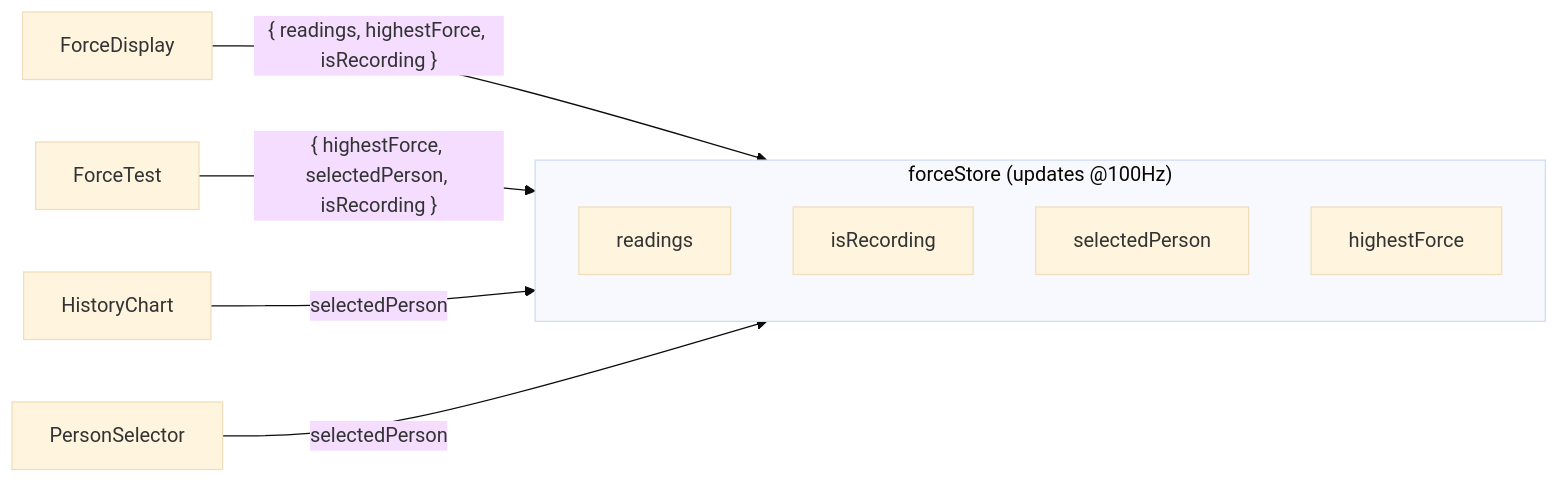
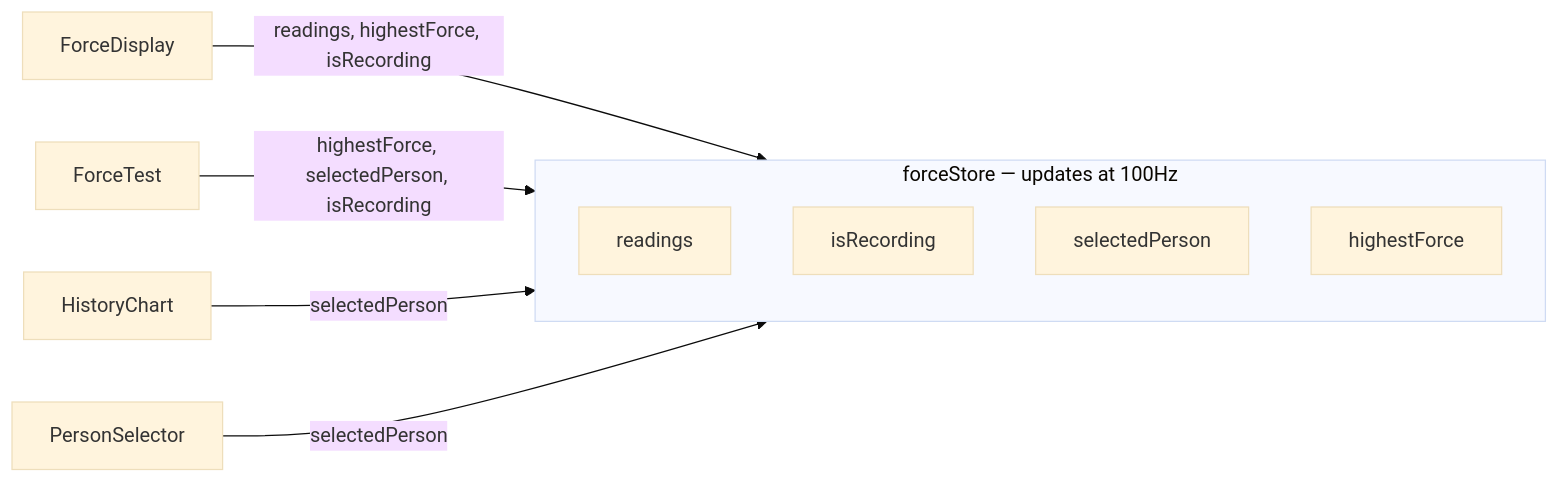
One commit to DerekLieww/Force-Recorder changed diagram 16 of 23 in ARCHITECTURE.md. Above: the diagram before and after it, drawn with Mermaid (base theme). The commit also changed other lines of this file, not shown here.

````diff
--- a/ARCHITECTURE.md
+++ b/ARCHITECTURE.md
@@ -811,14 +808,14 @@
 ```mermaid
 graph LR
-    subgraph ForceStore["forceStore (updates @100Hz)"]
+    subgraph ForceStore["forceStore — updates at 100Hz"]
         readings
         isRecording
         selectedPerson
         highestForce
     end
 
-    ForceDisplay -->|"{ readings, highestForce, isRecording }"| ForceStore
-    ForceTest -->|"{ highestForce, selectedPerson, isRecording }"| ForceStore
+    ForceDisplay -->|"readings, highestForce, isRecording"| ForceStore
+    ForceTest -->|"highestForce, selectedPerson, isRecording"| ForceStore
     HistoryChart -->|"selectedPerson"| ForceStore
     PersonSelector -->|"selectedPerson"| ForceStore
 ```
````
